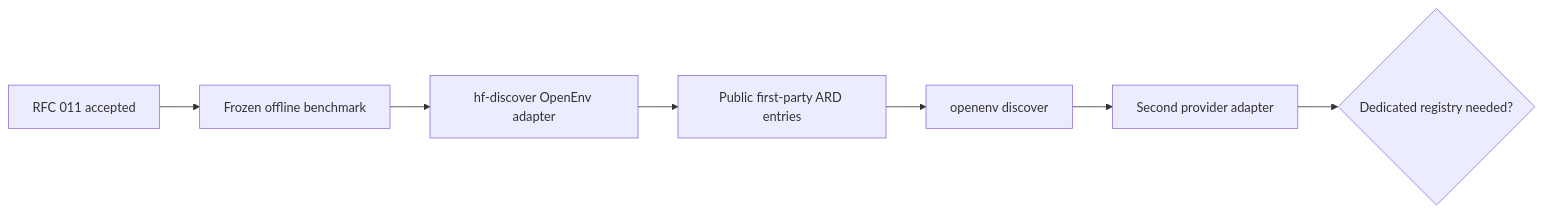
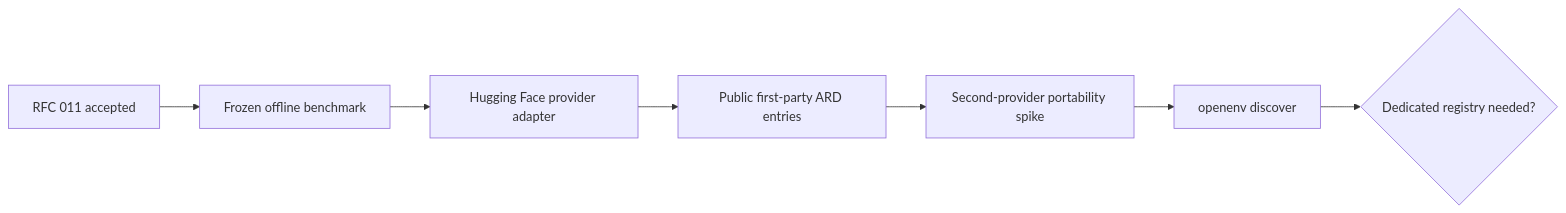
Before and after one commit to meta-pytorch/OpenEnv: the fifth of 5 diagrams in rfcs/011-ard-catalog-discovery.md, drawn with Mermaid. The commit also changed other lines of this file, not shown here.

Commit message:
docs: refine RFC 011 cross-provider portability

````diff
--- a/rfcs/011-ard-catalog-discovery.md
+++ b/rfcs/011-ard-catalog-discovery.md
@@ -726,12 +791,12 @@
 ```mermaid
 flowchart LR
   RFC["RFC 011 accepted"]
   Benchmark["Frozen offline benchmark"]
-  Adapter["hf-discover OpenEnv adapter"]
+  Adapter["Hugging Face provider adapter"]
   Entries["Public first-party ARD entries"]
+  Second["Second-provider portability spike"]
   CLI["openenv discover"]
-  Second["Second provider adapter"]
   Registry{"Dedicated registry needed?"}
 
-  RFC --> Benchmark --> Adapter --> Entries --> CLI --> Second --> Registry
+  RFC --> Benchmark --> Adapter --> Entries --> Second --> CLI --> Registry
 ```
````
